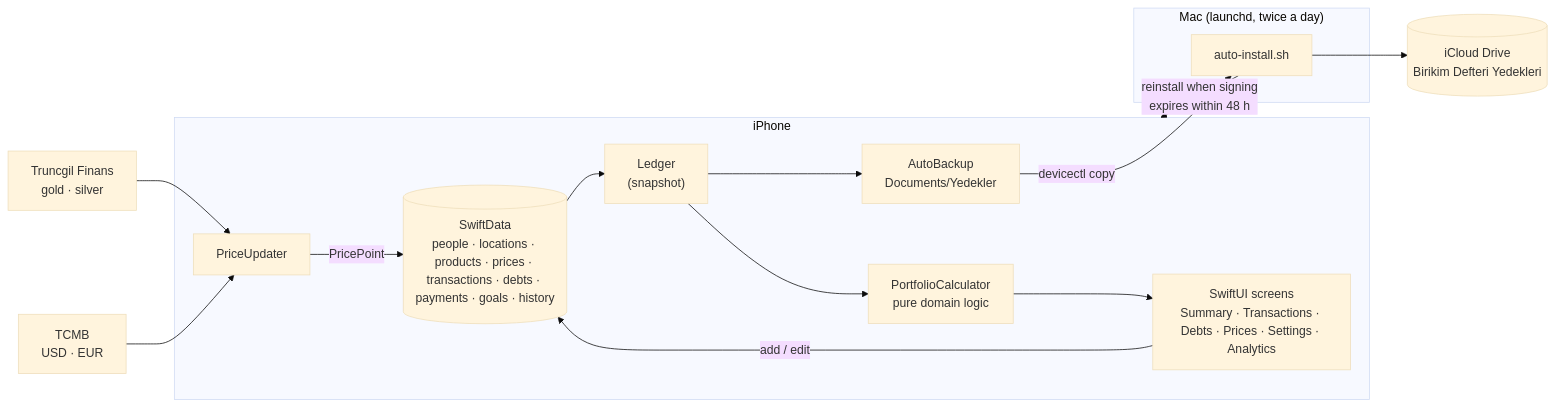
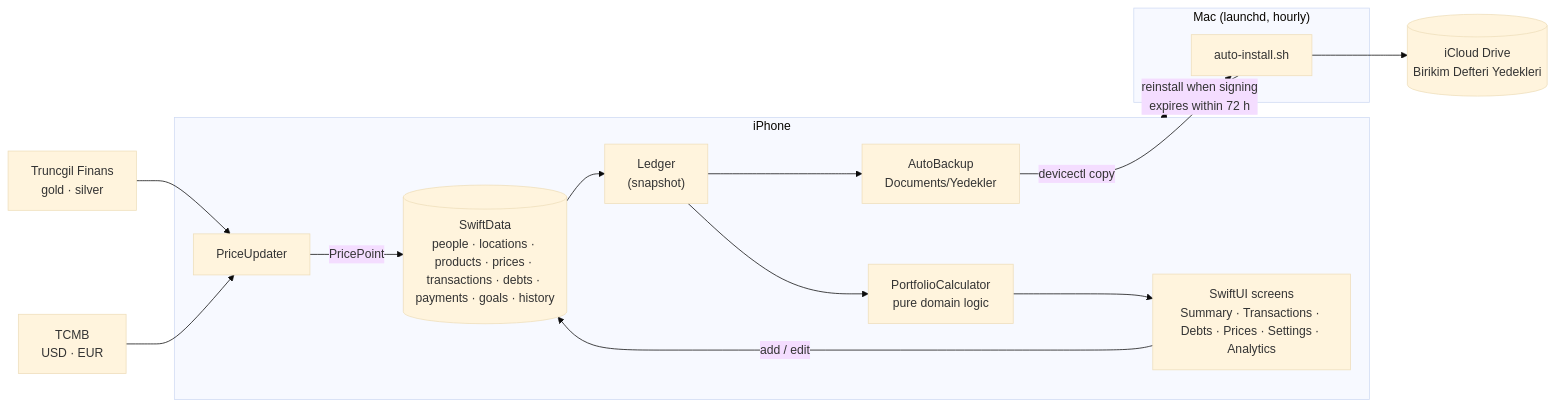
One commit to kadirtuna/BirikimDefteri changed the first of 2 diagrams in README.md. Above: the diagram before and after it, drawn with Mermaid (base theme). The commit also changed other lines of this file and 3 other files, not shown here.

````diff
--- a/README.md
+++ b/README.md
@@ -99,22 +99,22 @@
 ```mermaid
 flowchart LR
     subgraph Device["iPhone"]
         SD[("SwiftData<br/>people · locations · products · prices · transactions · debts · payments · goals · history")]
         L["Ledger<br/>(snapshot)"]
         PC["PortfolioCalculator<br/>pure domain logic"]
         UI["SwiftUI screens<br/>Summary · Transactions · Debts · Prices · Settings · Analytics"]
         PU["PriceUpdater"]
         AB["AutoBackup<br/>Documents/Yedekler"]
         SD --> L --> PC --> UI
         UI -- "add / edit" --> SD
         PU -- "PricePoint" --> SD
         L --> AB
     end
     TR["Truncgil Finans<br/>gold · silver"] --> PU
     TC["TCMB<br/>USD · EUR"] --> PU
-    subgraph Mac["Mac (launchd, twice a day)"]
+    subgraph Mac["Mac (launchd, hourly)"]
         AI["auto-install.sh"]
     end
     AB -- "devicectl copy" --> AI --> IC[("iCloud Drive<br/>Birikim Defteri Yedekleri")]
-    AI -- "reinstall when signing<br/>expires within 48 h" --> Device
+    AI -- "reinstall when signing<br/>expires within 72 h" --> Device
 ```
````
